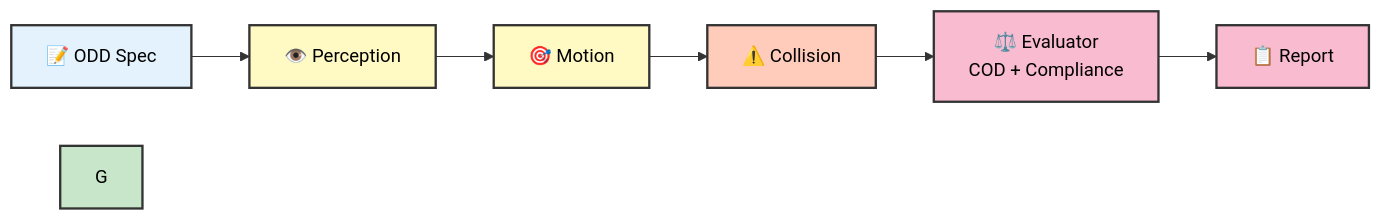
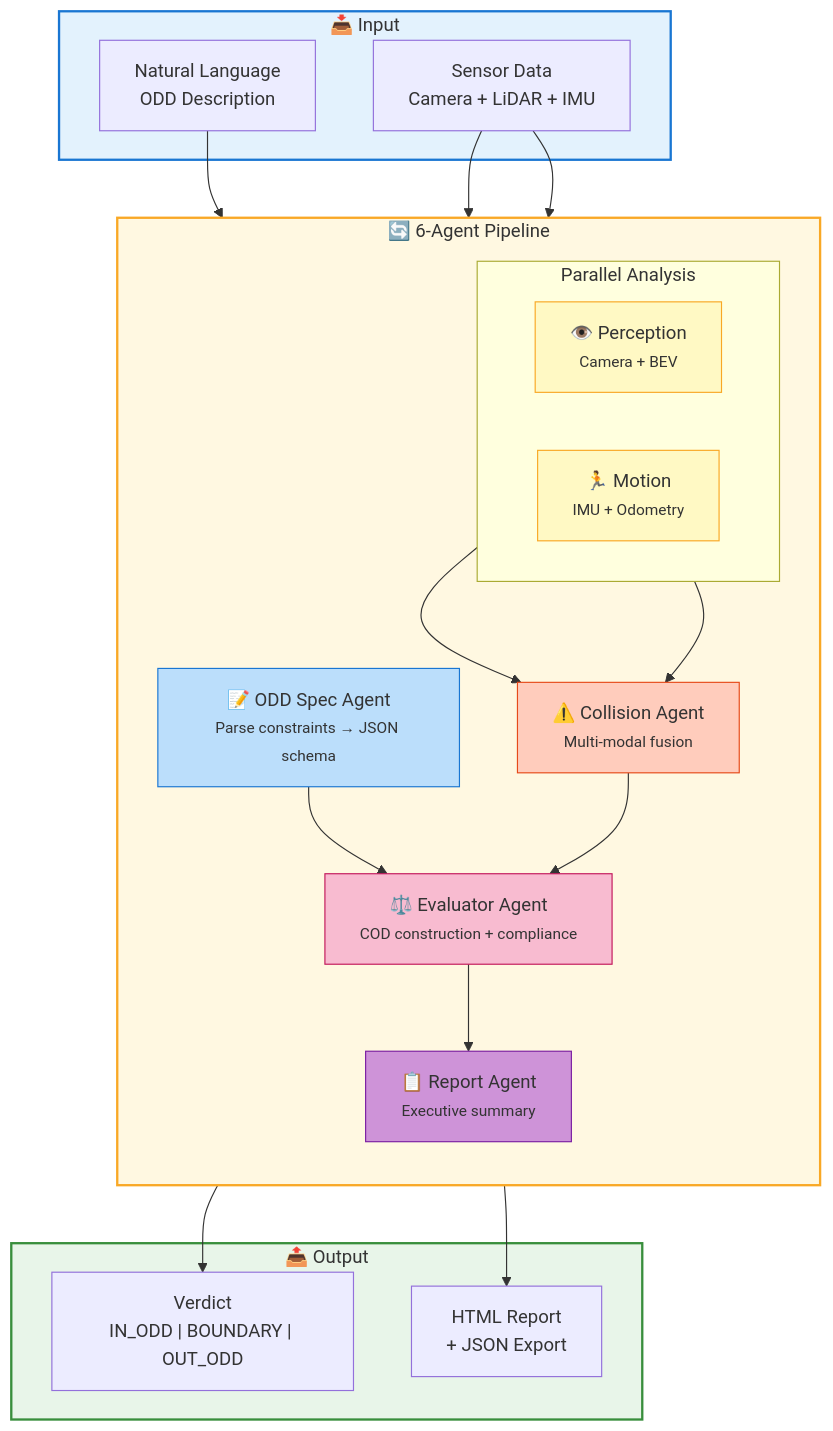
Before and after one commit to danmartinez78/go2-odd-observer: the first of 2 diagrams in README.md, drawn with Mermaid. The commit also changed other lines of this file and 7 other files, not shown here.

````diff
--- a/README.md
+++ b/README.md
@@ -120,16 +119,46 @@
 ```mermaid
-graph LR
-    A[📝 ODD Spec] --> B[👁️ Perception]
-    B --> C[🎯 Motion]
-    C --> D[⚠️ Collision]
-    D --> E[⚖️ Evaluator<br/>COD + Compliance]
-    E --> F[📋 Report]
-    
-    style A fill:#e3f2fd,stroke:#333,stroke-width:2px,color:#000
-    style B fill:#fff9c4,stroke:#333,stroke-width:2px,color:#000
-    style C fill:#fff9c4,stroke:#333,stroke-width:2px,color:#000
-    style D fill:#ffccbc,stroke:#333,stroke-width:2px,color:#000
-    style E fill:#f8bbd0,stroke:#333,stroke-width:2px,color:#000
-    style F fill:#f8bbd0,stroke:#333,stroke-width:2px,color:#000
-    style G fill:#c8e6c9,stroke:#333,stroke-width:2px,color:#000
+flowchart TB
+    subgraph INPUT["📥 Input"]
+        ODD["Natural Language<br/>ODD Description"]
+        DATA["Sensor Data<br/>Camera + LiDAR + IMU"]
+    end
+
+    subgraph PIPELINE["🔄 6-Agent Pipeline"]
+        direction TB
+        A["📝 ODD Spec Agent<br/><small>Parse constraints → JSON schema</small>"]
+        
+        subgraph ANALYSIS["Parallel Analysis"]
+            direction LR
+            B["👁️ Perception<br/><small>Camera + BEV</small>"]
+            C["🏃 Motion<br/><small>IMU + Odometry</small>"]
+        end
+        
+        D["⚠️ Collision Agent<br/><small>Multi-modal fusion</small>"]
+        E["⚖️ Evaluator Agent<br/><small>COD construction + compliance</small>"]
+        F["📋 Report Agent<br/><small>Executive summary</small>"]
+    end
+
+    subgraph OUTPUT["📤 Output"]
+        VERDICT["Verdict<br/>IN_ODD | BOUNDARY | OUT_ODD"]
+        REPORT["HTML Report<br/>+ JSON Export"]
+    end
+
+    ODD --> A
+    DATA --> B & C
+    A --> E
+    B --> D
+    C --> D
+    D --> E
+    E --> F
+    F --> VERDICT & REPORT
+
+    style INPUT fill:#e3f2fd,stroke:#1976d2,stroke-width:2px
+    style PIPELINE fill:#fff8e1,stroke:#f9a825,stroke-width:2px
+    style OUTPUT fill:#e8f5e9,stroke:#388e3c,stroke-width:2px
+    style A fill:#bbdefb,stroke:#1976d2
+    style B fill:#fff9c4,stroke:#f9a825
+    style C fill:#fff9c4,stroke:#f9a825
+    style D fill:#ffccbc,stroke:#e64a19
+    style E fill:#f8bbd0,stroke:#c2185b
+    style F fill:#ce93d8,stroke:#7b1fa2
 ```
````
